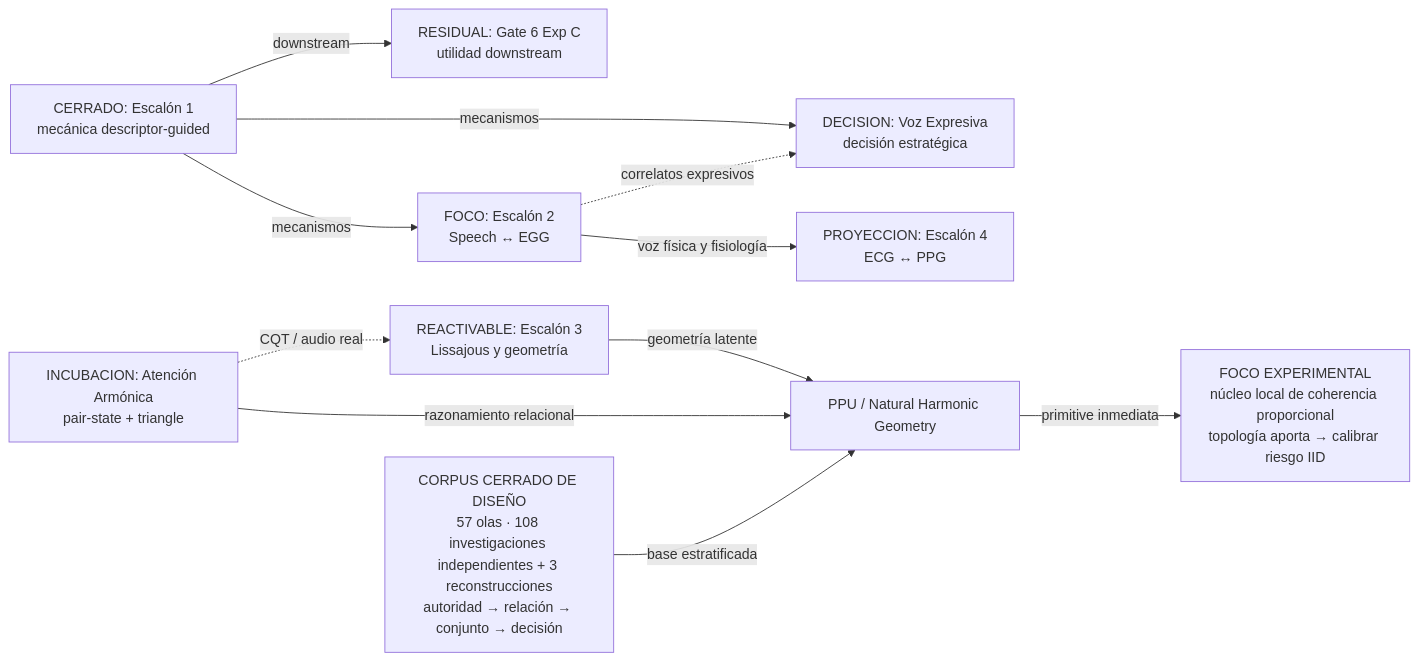
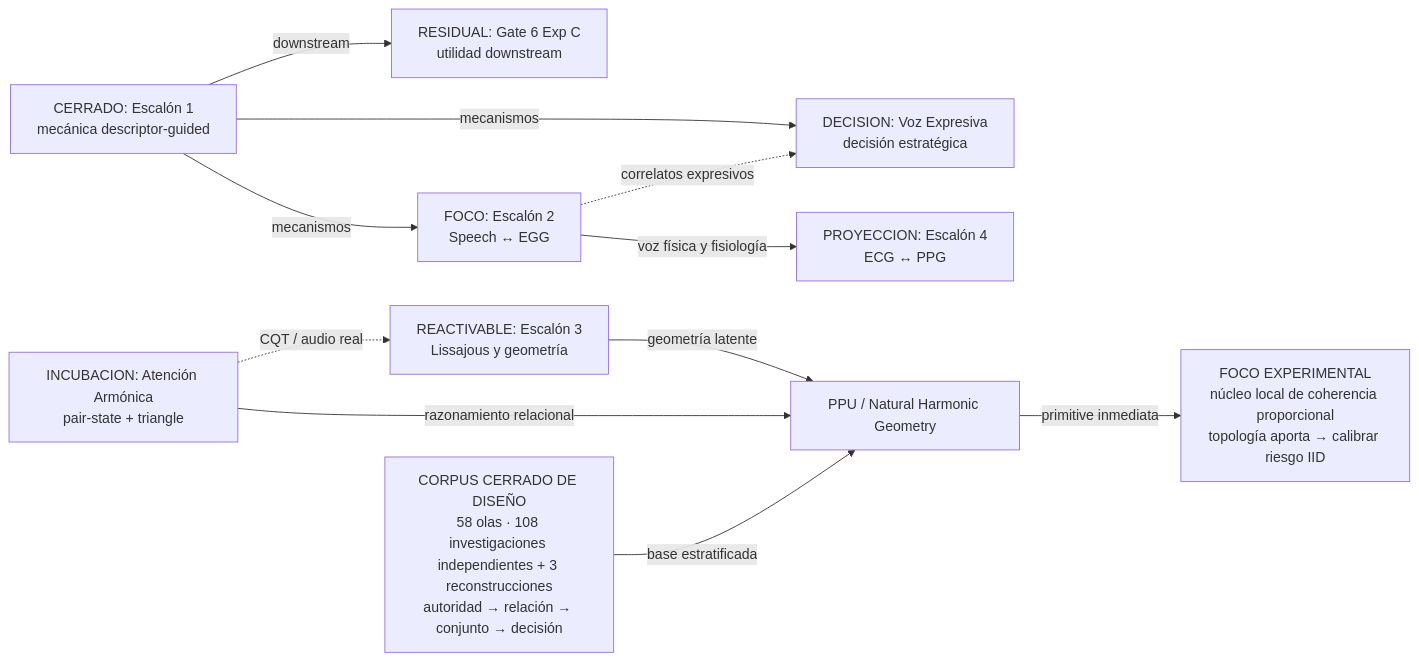
Before and after one commit to Mar-IA-no/Phideus: the first of 2 diagrams in Documents/05_WIKI/MAPA_VISUAL_DEL_PROGRAMA.md, drawn with Mermaid. The commit also changed other lines of this file and 12 other files, not shown here.

````diff
--- a/Documents/05_WIKI/MAPA_VISUAL_DEL_PROGRAMA.md
+++ b/Documents/05_WIKI/MAPA_VISUAL_DEL_PROGRAMA.md
@@ -57,24 +59,24 @@
 ```mermaid
 flowchart LR
     E1["CERRADO: Escalón 1<br/>mecánica descriptor-guided"]
     G6["RESIDUAL: Gate 6 Exp C<br/>utilidad downstream"]
     E2["FOCO: Escalón 2<br/>Speech ↔ EGG"]
     VE["DECISION: Voz Expresiva<br/>decisión estratégica"]
     E3["REACTIVABLE: Escalón 3<br/>Lissajous y geometría"]
     AA["INCUBACION: Atención Armónica<br/>pair-state + triangle"]
     E4["PROYECCION: Escalón 4<br/>ECG ↔ PPG"]
     PPU["PPU / Natural Harmonic Geometry"]
-    GT["CORPUS CERRADO DE DISEÑO<br/>57 olas · 108 investigaciones independientes + 3 reconstrucciones<br/>autoridad → relación → conjunto → decisión"]
+    GT["CORPUS CERRADO DE DISEÑO<br/>58 olas · 108 investigaciones independientes + 3 reconstrucciones<br/>autoridad → relación → conjunto → decisión"]
     NCP["FOCO EXPERIMENTAL<br/>núcleo local de coherencia proporcional<br/>topología aporta → calibrar riesgo IID"]
 
     E1 -->|mecanismos| E2
     E1 -->|mecanismos| VE
     E1 -->|downstream| G6
     E2 -->|voz física y fisiología| E4
     E2 -.->|correlatos expresivos| VE
     E3 -->|geometría latente| PPU
     AA -->|razonamiento relacional| PPU
     GT -->|base estratificada| PPU
     PPU -->|primitive inmediata| NCP
     AA -.->|CQT / audio real| E3
 ```
````
